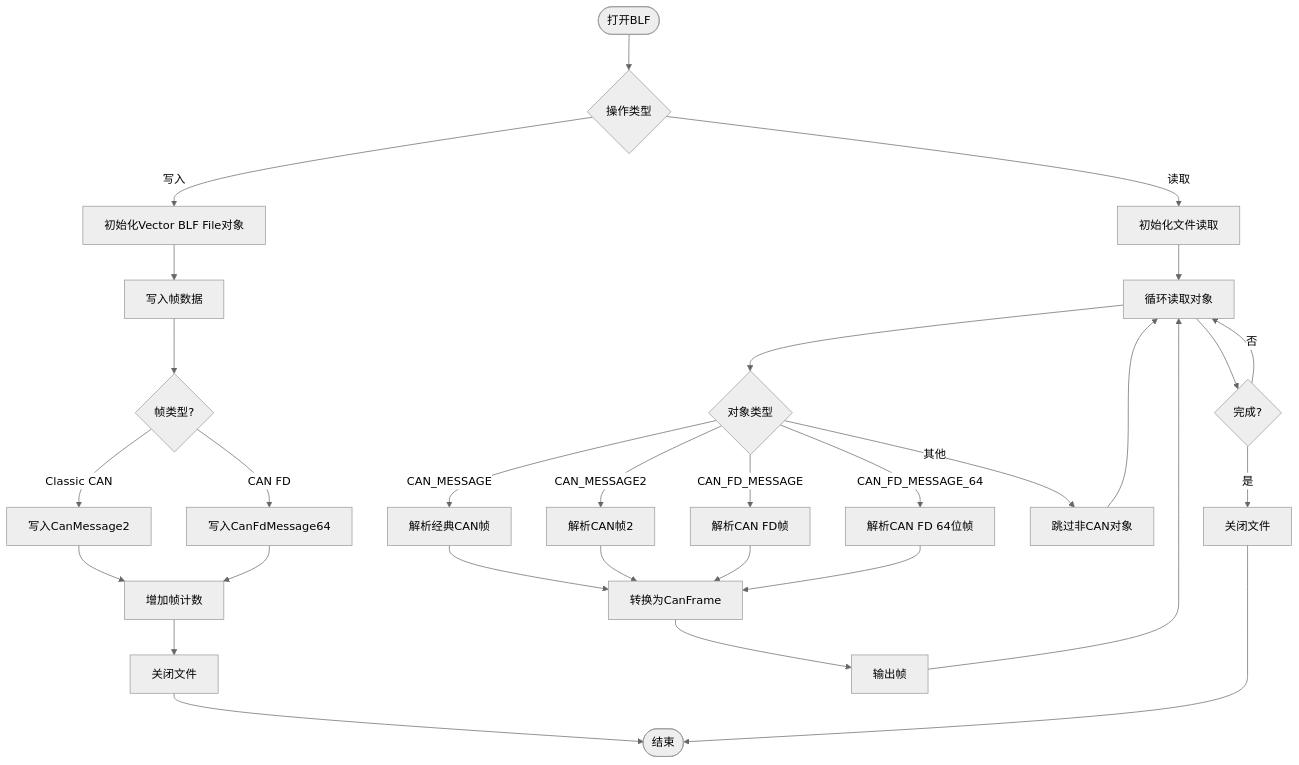
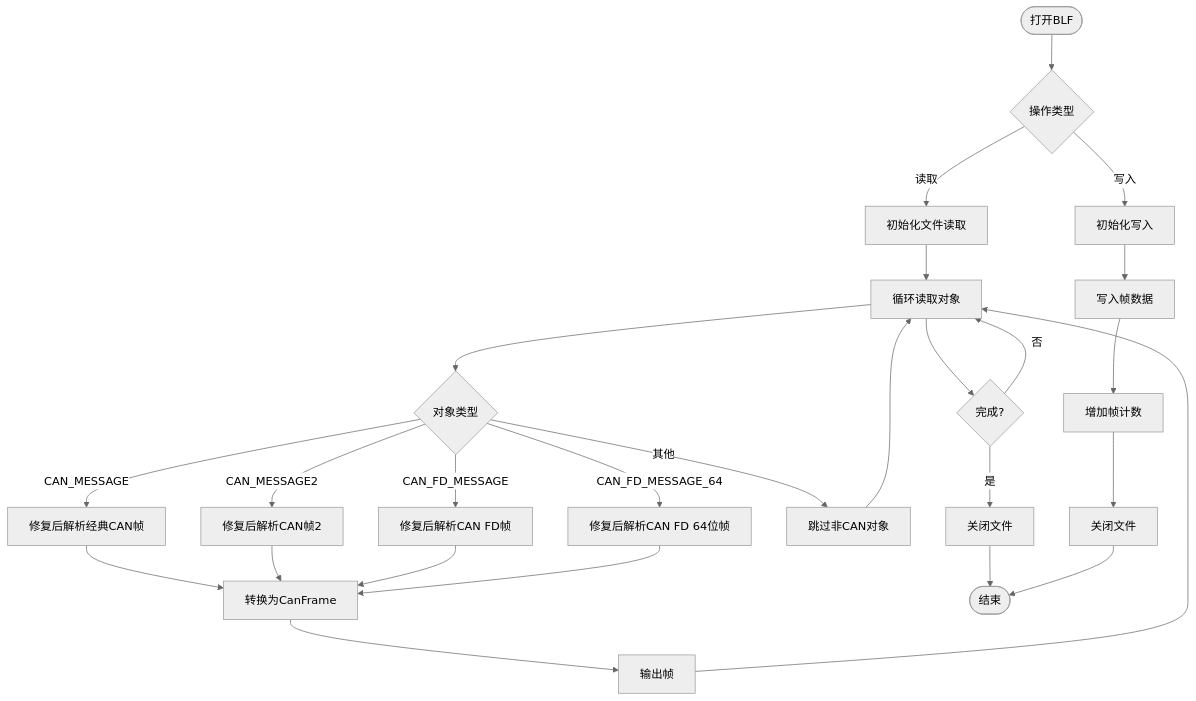
The sixth of 11 diagrams in .qoder/repowiki/zh/content/核心模块详解/CAN文件IO系统.md (jakecai1225-design/OpenBus), drawn with Mermaid (neutral theme) before and after one commit. The commit also changed other lines of this file and 56 other files, not shown here.

Commit message:
trace graphic优化

````diff
--- a/.qoder/repowiki/zh/content/核心模块详解/CAN文件IO系统.md
+++ b/.qoder/repowiki/zh/content/核心模块详解/CAN文件IO系统.md
@@ -331,32 +328,28 @@
 ```mermaid
 flowchart TD
 Open(["打开BLF"]) --> Type{"操作类型"}
-Type --> |写入| WriteInit["初始化Vector BLF File对象"]
 Type --> |读取| ReadInit["初始化文件读取"]
-WriteInit --> WriteFrame["写入帧数据"]
-WriteFrame --> Classic{"帧类型?"}
-Classic --> |Classic CAN| WriteClassic["写入CanMessage2"]
-Classic --> |CAN FD| WriteFD["写入CanFdMessage64"]
-WriteClassic --> Count["增加帧计数"]
-WriteFD --> Count
-Count --> WriteClose["关闭文件"]
+Type --> |写入| WriteInit["初始化写入"]
 ReadInit --> ReadObj["循环读取对象"]
 ReadObj --> ObjType{"对象类型"}
-ObjType --> |CAN_MESSAGE| ParseClassic["解析经典CAN帧"]
-ObjType --> |CAN_MESSAGE2| ParseClassic2["解析CAN帧2"]
-ObjType --> |CAN_FD_MESSAGE| ParseFD["解析CAN FD帧"]
-ObjType --> |CAN_FD_MESSAGE_64| ParseFD64["解析CAN FD 64位帧"]
+ObjType --> |CAN_MESSAGE| ParseClassic["修复后解析经典CAN帧"]
+ObjType --> |CAN_MESSAGE2| ParseClassic2["修复后解析CAN帧2"]
+ObjType --> |CAN_FD_MESSAGE| ParseFD["修复后解析CAN FD帧"]
+ObjType --> |CAN_FD_MESSAGE_64| ParseFD64["修复后解析CAN FD 64位帧"]
 ObjType --> |其他| Skip["跳过非CAN对象"]
 ParseClassic --> Convert["转换为CanFrame"]
 ParseClassic2 --> Convert
 ParseFD --> Convert
 ParseFD64 --> Convert
 Convert --> Emit["输出帧"]
 Emit --> ReadObj
 Skip --> ReadObj
 ReadObj --> Done{"完成?"}
 Done -- 否 --> ReadObj
 Done -- 是 --> ReadClose["关闭文件"]
-WriteClose --> End(["结束"])
-ReadClose --> End
+WriteInit --> WriteFrame["写入帧数据"]
+WriteFrame --> Count["增加帧计数"]
+Count --> WriteClose["关闭文件"]
+ReadClose --> End(["结束"])
+WriteClose --> End
 ```
````
